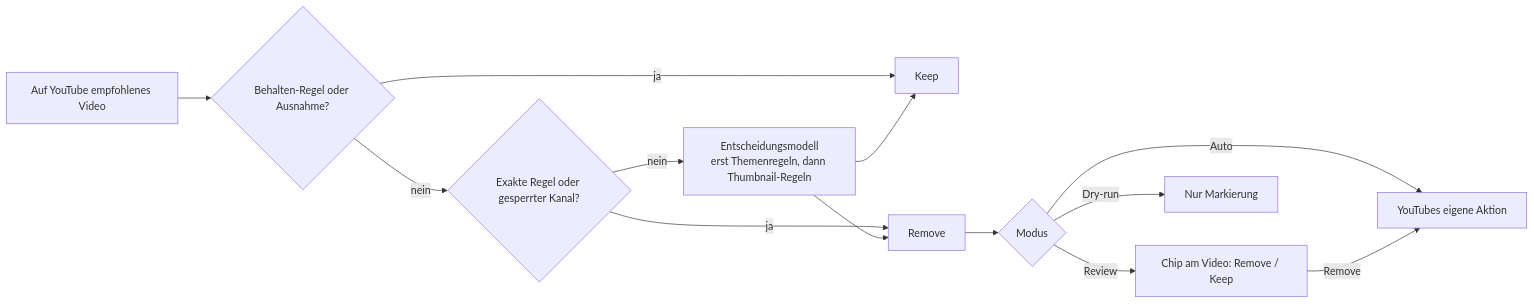
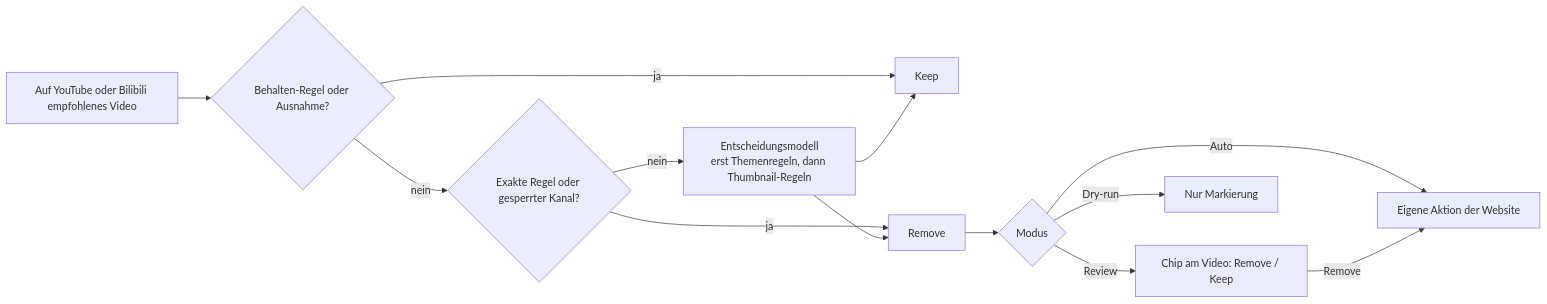
Before and after one commit to Laoweek/shoo: the diagram in docs/i18n/README.de.md, drawn with Mermaid. The commit also changed other lines of this file and 211 other files, not shown here.

````diff
--- a/docs/i18n/README.de.md
+++ b/docs/i18n/README.de.md
@@ -23,15 +23,15 @@
 ```mermaid
 flowchart LR
-  T[Auf YouTube empfohlenes Video] --> K{Behalten-Regel oder Ausnahme?}
+  T[Auf YouTube oder Bilibili empfohlenes Video] --> K{Behalten-Regel oder Ausnahme?}
   K -- ja --> Keep[Keep]
   K -- nein --> E{Exakte Regel oder gesperrter Kanal?}
   E -- ja --> V[Remove]
   E -- nein --> M[Entscheidungsmodell<br/>erst Themenregeln, dann Thumbnail-Regeln]
   M --> V
   M --> Keep
   V --> Mode{Modus}
-  Mode -- Auto --> A[YouTubes eigene Aktion]
+  Mode -- Auto --> A[Eigene Aktion der Website]
   Mode -- Review --> C[Chip am Video: Remove / Keep]
   Mode -- Dry-run --> L[Nur Markierung]
   C -- Remove --> A
 ```
````
